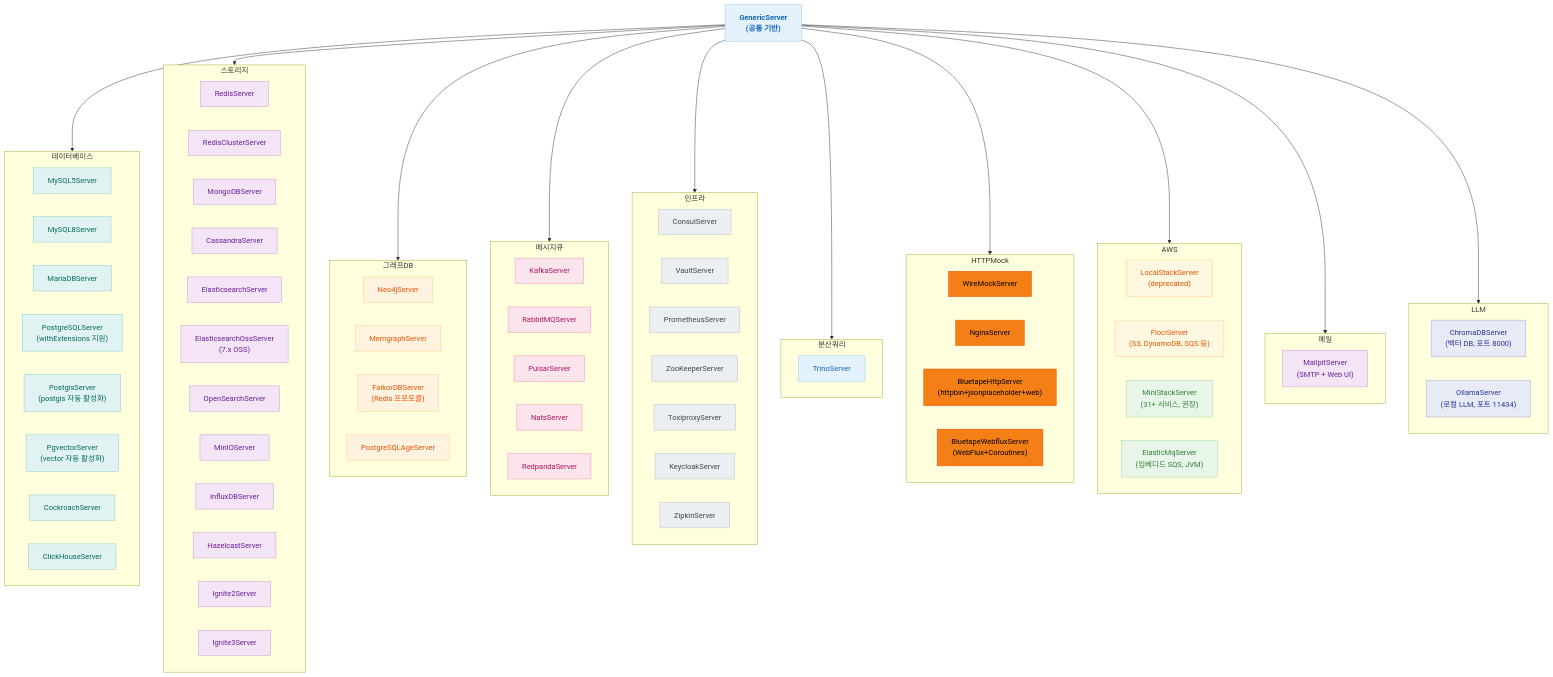
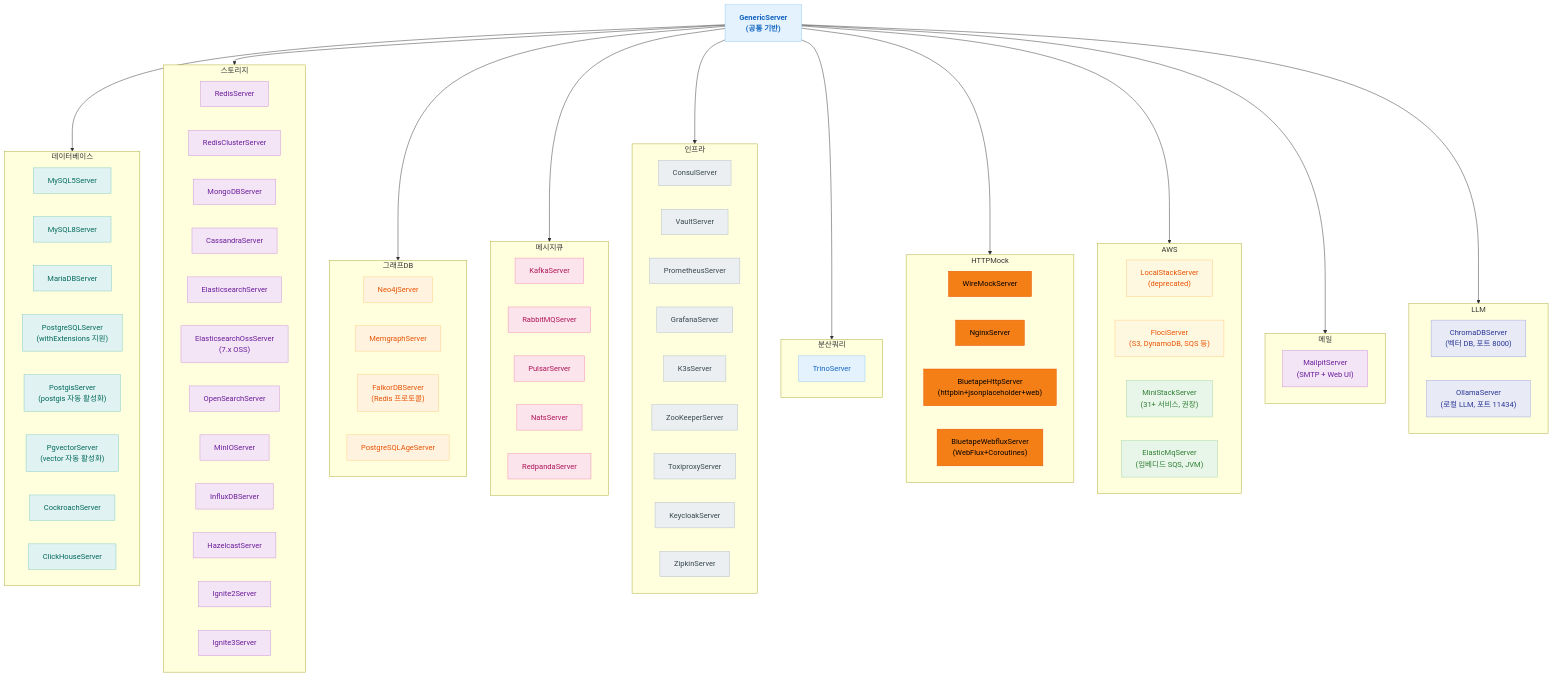
Before and after one commit to bluetape4k/bluetape4k-projects: the third of 4 diagrams in testing/testcontainers/README.ko.md, drawn with Mermaid. The commit also changed other lines of this file and 1 other file, not shown here.

First line of the commit message:
docs: add GrafanaServer and K3sServer to testcontainers README (#466)

```diff
--- a/testing/testcontainers/README.ko.md
+++ b/testing/testcontainers/README.ko.md
@@ -194,6 +194,8 @@
         CN["ConsulServer"]
         VT["VaultServer"]
         PR["PrometheusServer"]
+        GF["GrafanaServer"]
+        K3["K3sServer"]
         ZK["ZooKeeperServer"]
         TX["ToxiproxyServer"]
         KC["KeycloakServer"]
@@ -256,7 +258,7 @@
     class RD,RDC,MGO,CS,ES,ESO,OS,MN,IFL,HZ,IG2,IG3 storageStyle
     class NJ,MG,FK,PA graphStyle
     class KF,RB,PL,NT,RP mqStyle
-    class CN,VT,PR,ZK,TX,KC,ZP infraStyle
+    class CN,VT,PR,GF,K3,ZK,TX,KC,ZP infraStyle
     class TR sqlStyle
     class WM,NG,BHS,BWS mockStyle
     class LS deprecatedStyle
```
